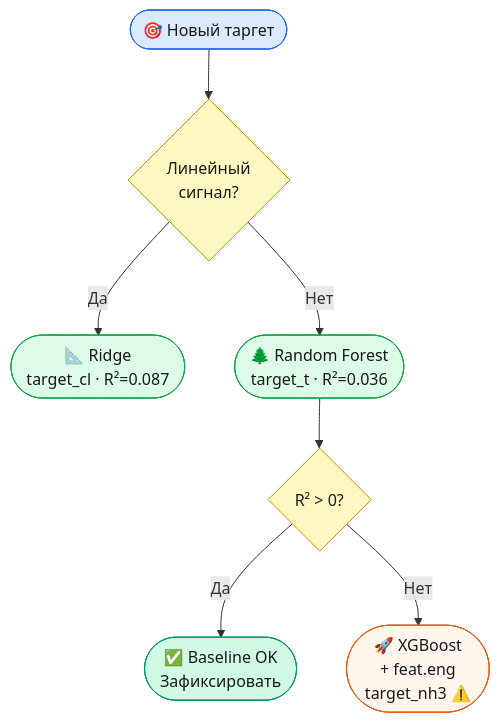
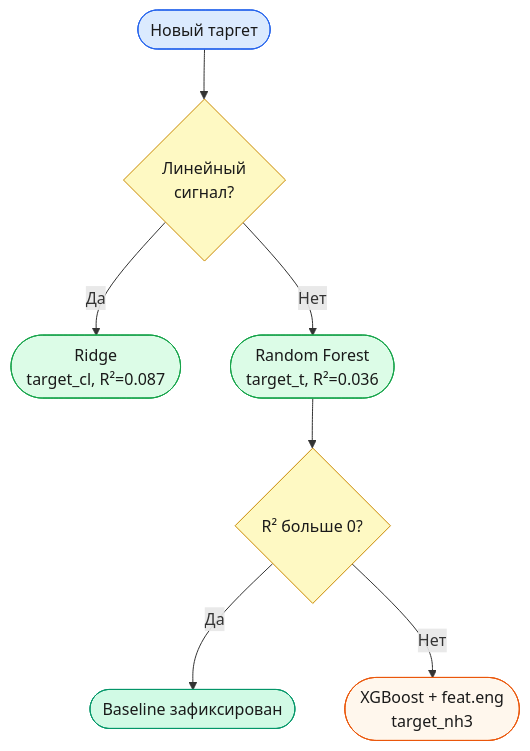
Before and after one commit to Misha-42/soda-ml-carbonation-control: the seventh of 7 diagrams in README.md, drawn with Mermaid. The commit also changed other lines of this file, not shown here.

````diff
--- a/README.md
+++ b/README.md
@@ -187,17 +191,17 @@
 ```mermaid
 graph TD
-    A([🎯 Новый таргет]) --> B{Линейный\nсигнал?}
-    B -->|Да| C([📐 Ridge\ntarget_cl · R²=0.087])
-    B -->|Нет| D([🌲 Random Forest\ntarget_t · R²=0.036])
-    D --> E{R² > 0?}
-    E -->|Да| F([✅ Baseline OK\nЗафиксировать])
-    E -->|Нет| G([🚀 XGBoost\n+ feat.eng\ntarget_nh3 ⚠️])
+    A([Новый таргет]) --> B{Линейный\nсигнал?}
+    B -->|Да| C([Ridge\ntarget_cl, R²=0.087])
+    B -->|Нет| D([Random Forest\ntarget_t, R²=0.036])
+    D --> E{R² больше 0?}
+    E -->|Да| F([Baseline зафиксирован])
+    E -->|Нет| G([XGBoost + feat.eng\ntarget_nh3])
 
     style A fill:#dbeafe,stroke:#2563eb,color:#1a1a1a
     style B fill:#fef9c3,stroke:#ca8a04,color:#1a1a1a
     style C fill:#dcfce7,stroke:#16a34a,color:#1a1a1a
     style D fill:#dcfce7,stroke:#16a34a,color:#1a1a1a
     style E fill:#fef9c3,stroke:#ca8a04,color:#1a1a1a
     style F fill:#d1fae5,stroke:#059669,color:#1a1a1a
     style G fill:#fff7ed,stroke:#ea580c,color:#1a1a1a
 ```
````
